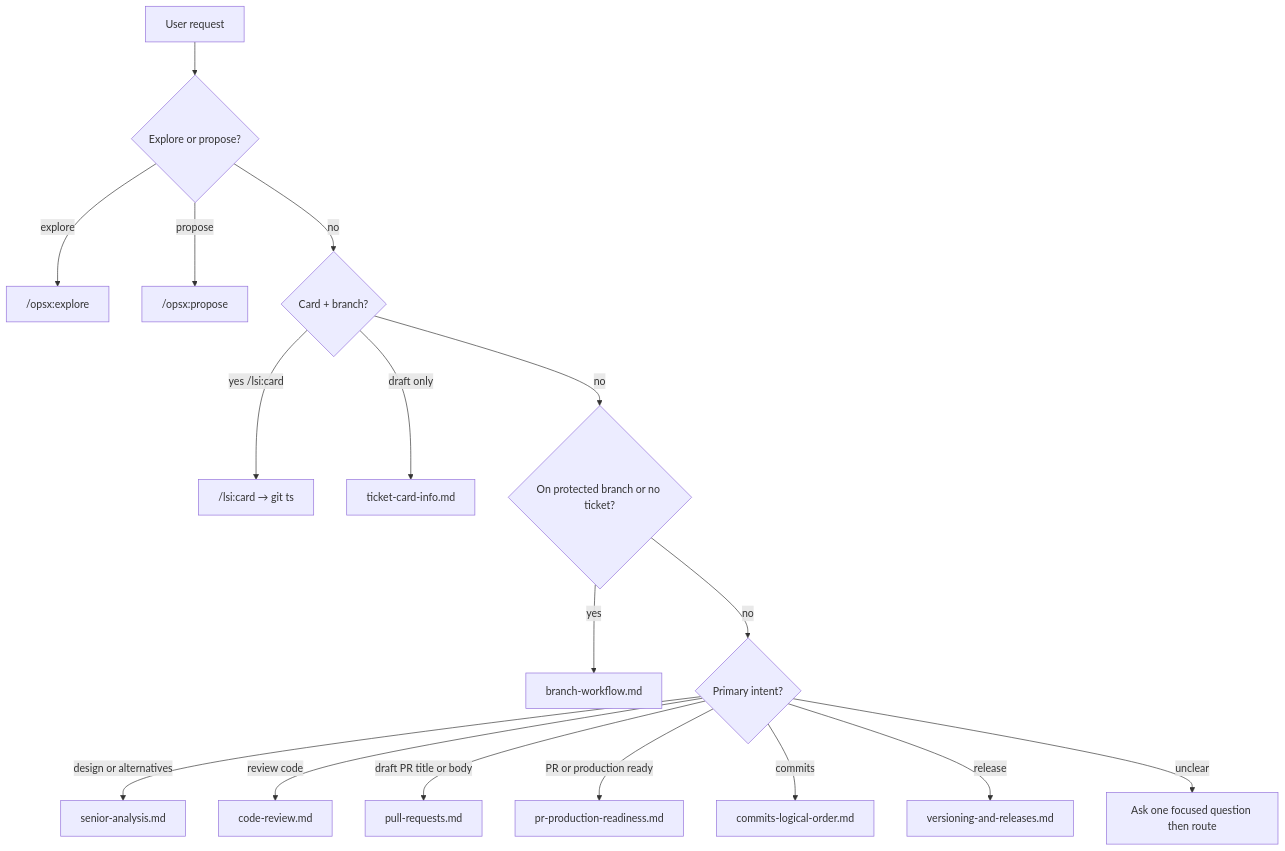
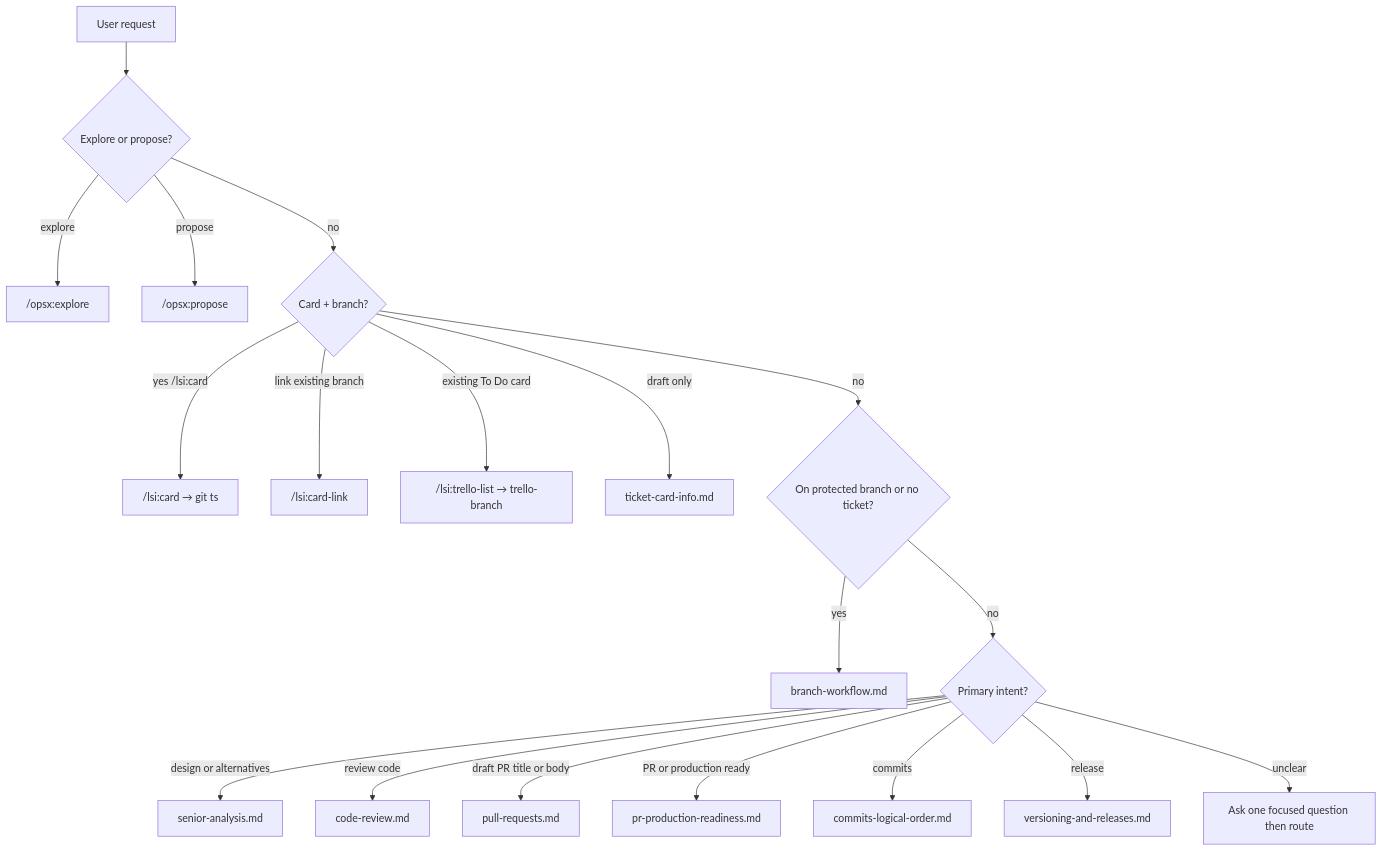
Before and after one commit to osuarez1/cursor-dev-workflows: the diagram in overlays/lsi/docs/workflows/which-workflow.md, drawn with Mermaid. The commit also changed other lines of this file and 13 other files, not shown here.

First line of the commit message:
docs(workflow): document trello card flows and OpenSpec redaction

````diff
--- a/overlays/lsi/docs/workflows/which-workflow.md
+++ b/overlays/lsi/docs/workflows/which-workflow.md
@@ -40,20 +43,22 @@
 ```mermaid
 flowchart TD
   start[User request]
   start --> explore{Explore or propose?}
   explore -->|explore| opsxExplore["/opsx:explore"]
   explore -->|propose| opsxPropose["/opsx:propose"]
   explore -->|no| ticket{Card + branch?}
   ticket -->|yes /lsi:card| lsiCard["/lsi:card → git ts"]
+  ticket -->|link existing branch| lsiCardLink["/lsi:card-link"]
+  ticket -->|existing To Do card| lsiTrelloList["/lsi:trello-list → trello-branch"]
   ticket -->|draft only| ticketInfo[ticket-card-info.md]
   ticket -->|no| branch{On protected branch or no ticket?}
   branch -->|yes| bw[branch-workflow.md]
   branch -->|no| intent{Primary intent?}
   intent -->|design or alternatives| sa[senior-analysis.md]
   intent -->|review code| cr[code-review.md]
   intent -->|draft PR title or body| prConv[pull-requests.md]
   intent -->|PR or production ready| pr[pr-production-readiness.md]
   intent -->|commits| co[commits-logical-order.md]
   intent -->|release| rel[versioning-and-releases.md]
   intent -->|unclear| ask[Ask one focused question then route]
 ```
````
